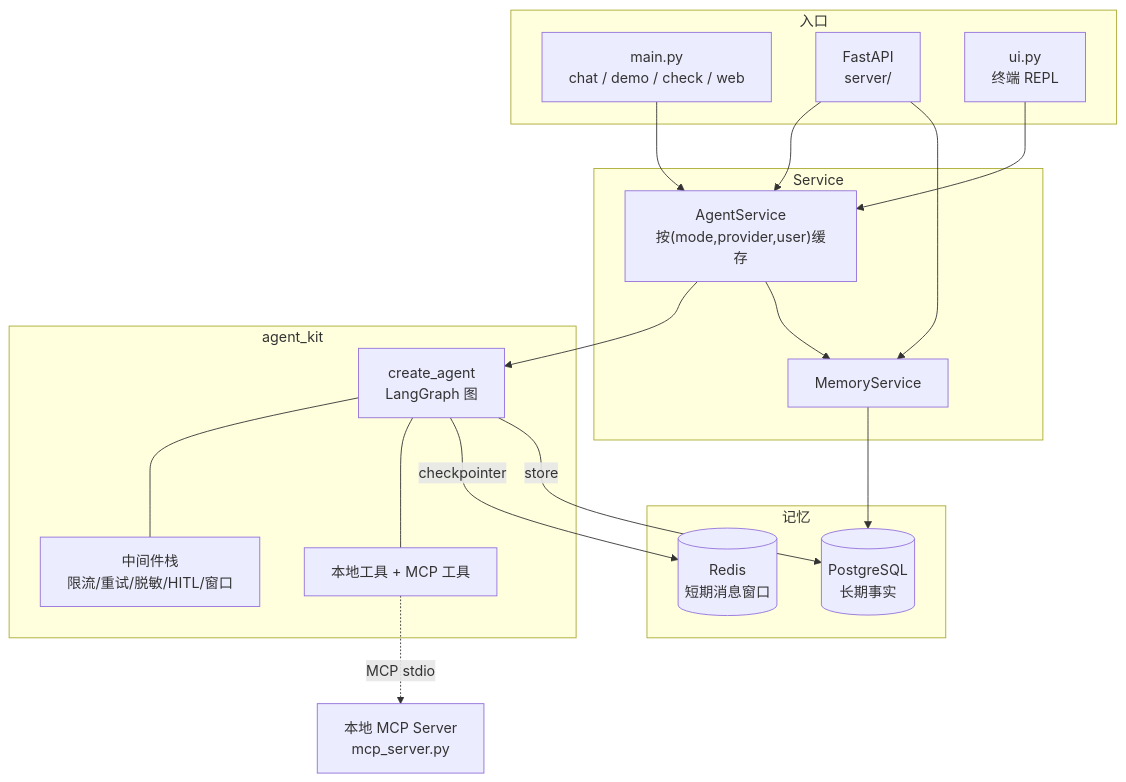
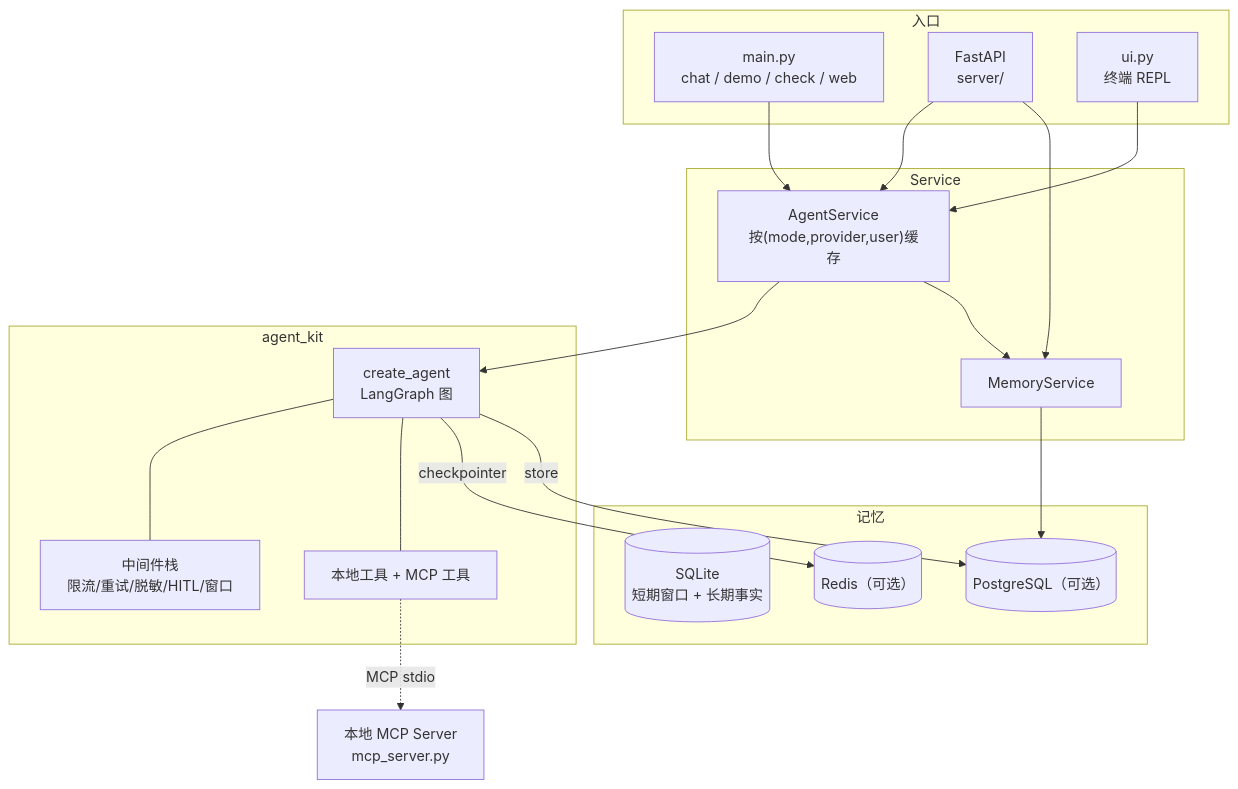
Before and after one commit to 1175257573-boop/Agent_azhen: the diagram in README.md, drawn with Mermaid. The commit also changed other lines of this file and 19 other files, not shown here.

````diff
--- a/README.md
+++ b/README.md
@@ -48,37 +48,38 @@
 ```mermaid
 flowchart TB
     subgraph 入口
       CLI["main.py<br/>chat / demo / check / web"]
       WEB["FastAPI<br/>server/"]
       UI["ui.py<br/>终端 REPL"]
     end
 
     subgraph Service
       SVC["AgentService<br/>按(mode,provider,user)缓存"]
       MEM["MemoryService"]
     end
 
     subgraph Domain["agent_kit"]
       AGENT["create_agent<br/>LangGraph 图"]
       MW["中间件栈<br/>限流/重试/脱敏/HITL/窗口"]
       TOOLS["本地工具 + MCP 工具"]
     end
 
     subgraph 记忆
-      REDIS[("Redis<br/>短期消息窗口")]
-      PG[("PostgreSQL<br/>长期事实")]
+      SQLITE[("SQLite<br/>短期窗口 + 长期事实")]
+      REDIS[("Redis（可选）")]
+      PG[("PostgreSQL（可选）")]
     end
 
     CLI --> SVC
     UI --> SVC
     WEB --> SVC
     WEB --> MEM
     SVC --> AGENT
     SVC --> MEM
     AGENT --- MW
     AGENT --- TOOLS
     AGENT -->|checkpointer| REDIS
     AGENT -->|store| PG
     MEM --> PG
     TOOLS -.->|MCP stdio| MCPSRV["本地 MCP Server<br/>mcp_server.py"]
 ```
````
